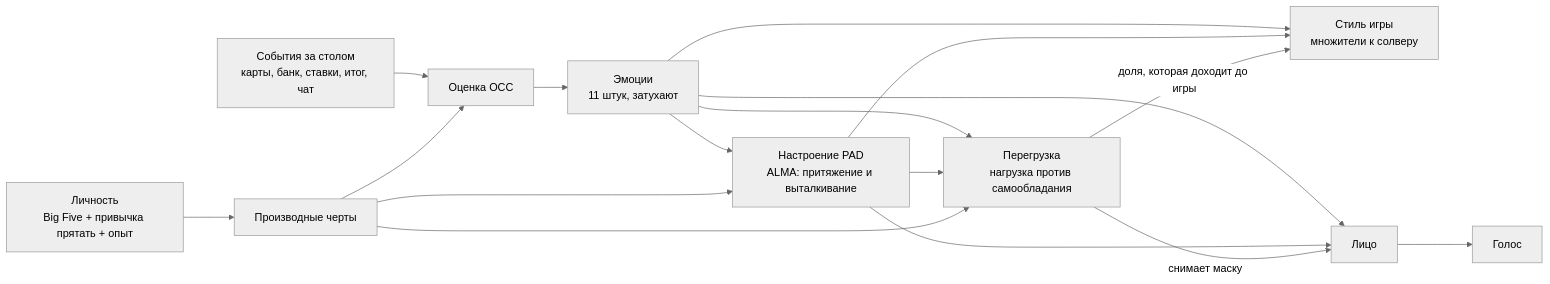
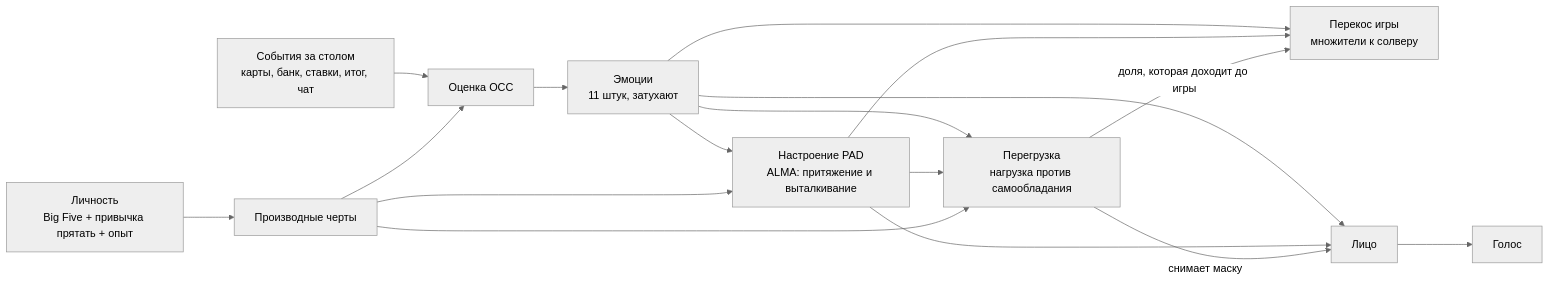
Before and after one commit to andrewforester/Mallorca: the diagram in docs/emotion/README.md, drawn with Mermaid (neutral theme). The commit also changed other lines of this file and 45 other files, not shown here.

````diff
--- a/docs/emotion/README.md
+++ b/docs/emotion/README.md
@@ -50,19 +50,19 @@
 ```mermaid
 flowchart LR
   P[Личность<br/>Big Five + привычка прятать + опыт] --> T[Производные черты]
   E1[События за столом<br/>карты, банк, ставки, итог, чат] --> A[Оценка OCC]
   T --> A
   A --> EM[Эмоции<br/>11 штук, затухают]
   EM --> M[Настроение PAD<br/>ALMA: притяжение и выталкивание]
   T --> M
   EM --> L[Перегрузка<br/>нагрузка против самообладания]
   M --> L
   T --> L
-  EM --> S[Стиль игры<br/>множители к солверу]
+  EM --> S[Перекос игры<br/>множители к солверу]
   M --> S
   L -->|доля, которая доходит до игры| S
   EM --> F[Лицо]
   M --> F
   L -->|снимает маску| F
   F --> V[Голос]
 ```
````
